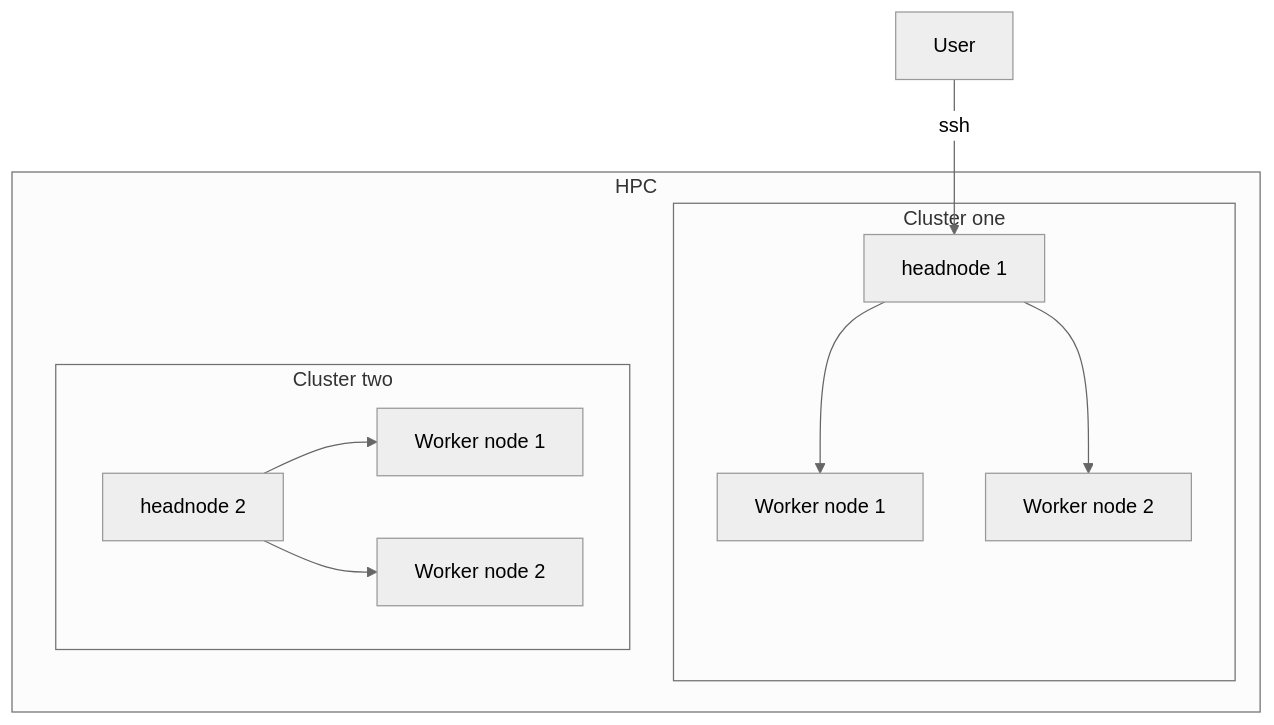
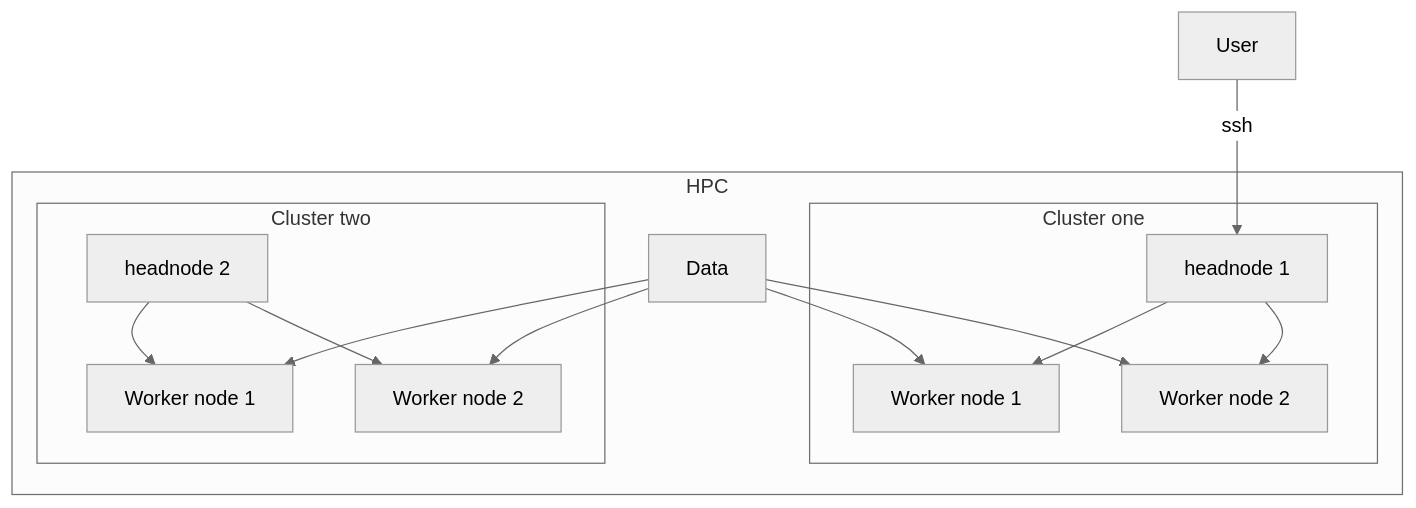
The diagram in src/content/chapter_1/0_introduction_to_hpc.md (NINAnor/91126800_ML_and_associated_tech), drawn with Mermaid (neutral theme) before and after one commit. The commit also changed 57 other files, not shown here.

````diff
--- a/src/content/chapter_1/0_introduction_to_hpc.md
+++ b/src/content/chapter_1/0_introduction_to_hpc.md
@@ -26,22 +28,24 @@
 ```mermaid
 graph TB;
 
 G[User] --> |ssh| A
 
 subgraph HPC
 
 subgraph Cluster one
 A[headnode 1] --> B[Worker node 1]
 A --> C[Worker node 2]
 end
 
 subgraph Cluster two
 D[headnode 2] --> E[Worker node 1]
 D --> F[Worker node 2]
 end
 
+H[Data] --> B
+H --> C
+H --> E
+H --> F
+
 end
-
-
-
 ```
````
